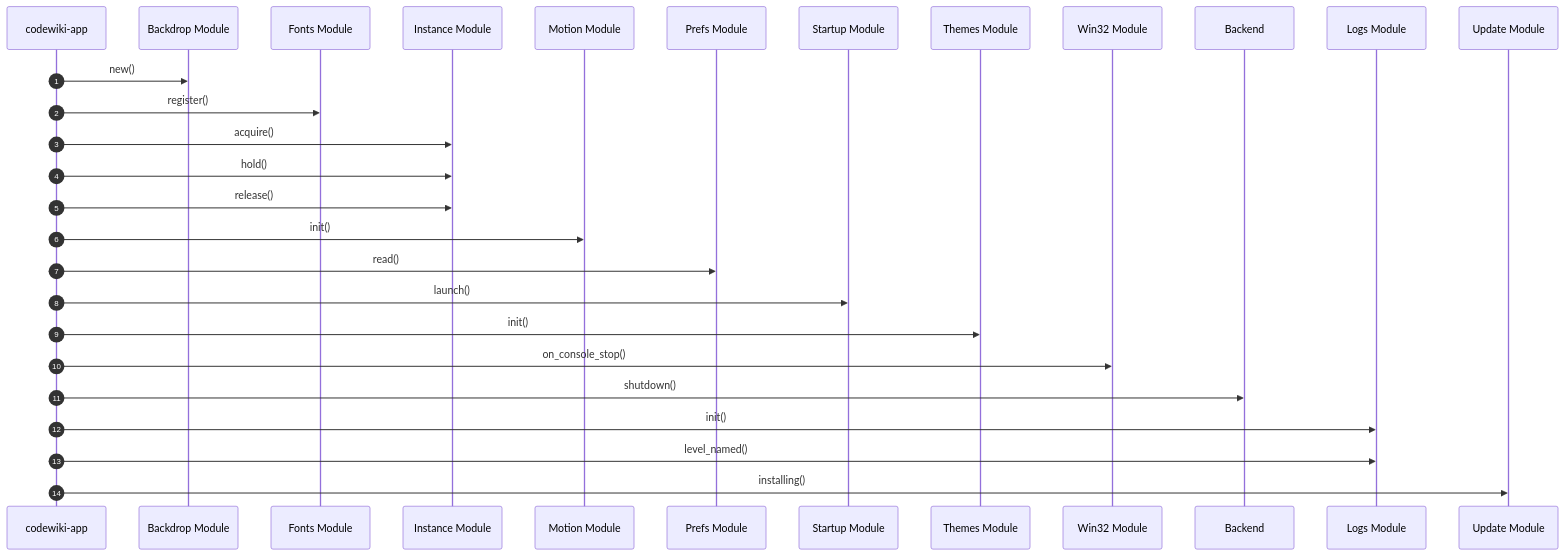
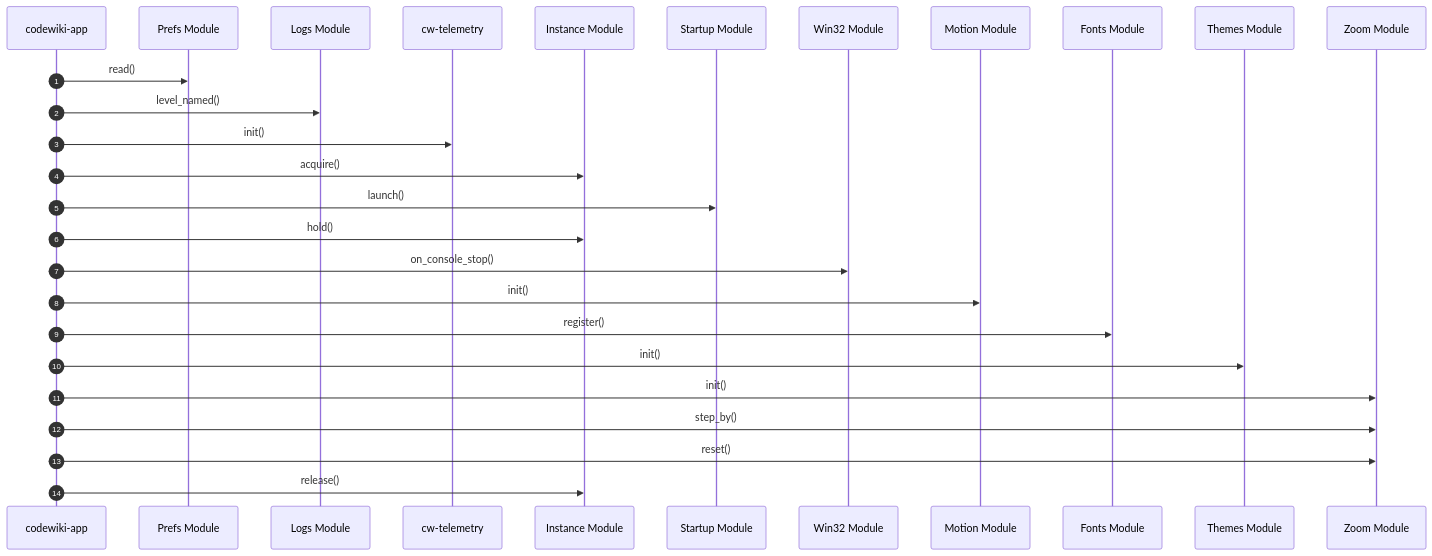
The diagram in obsidian/00-Architecture/codewiki-app Startup Flow.md (Fly-onlyone/CodeWiki), drawn with Mermaid before and after one commit. The commit also changed other lines of this file and 515 other files, not shown here.

````diff
--- a/obsidian/00-Architecture/codewiki-app Startup Flow.md
+++ b/obsidian/00-Architecture/codewiki-app Startup Flow.md
@@ -15,30 +15,29 @@
 ```mermaid
 sequenceDiagram
     autonumber
     participant p0 as codewiki-app
-    participant p1 as Backdrop Module
-    participant p2 as Fonts Module
-    participant p3 as Instance Module
-    participant p4 as Motion Module
-    participant p5 as Prefs Module
-    participant p6 as Startup Module
-    participant p7 as Themes Module
-    participant p8 as Win32 Module
-    participant p9 as Backend
-    participant p10 as Logs Module
-    participant p11 as Update Module
-    p0->>p1: new()
-    p0->>p2: register()
-    p0->>p3: acquire()
-    p0->>p3: hold()
-    p0->>p3: release()
-    p0->>p4: init()
-    p0->>p5: read()
-    p0->>p6: launch()
+    participant p1 as Prefs Module
+    participant p2 as Logs Module
+    participant p3 as cw-telemetry
+    participant p4 as Instance Module
+    participant p5 as Startup Module
+    participant p6 as Win32 Module
+    participant p7 as Motion Module
+    participant p8 as Fonts Module
+    participant p9 as Themes Module
+    participant p10 as Zoom Module
+    p0->>p1: read()
+    p0->>p2: level_named()
+    p0->>p3: init()
+    p0->>p4: acquire()
+    p0->>p5: launch()
+    p0->>p4: hold()
+    p0->>p6: on_console_stop()
     p0->>p7: init()
-    p0->>p8: on_console_stop()
-    p0->>p9: shutdown()
+    p0->>p8: register()
+    p0->>p9: init()
     p0->>p10: init()
-    p0->>p10: level_named()
-    p0->>p11: installing()
+    p0->>p10: step_by()
+    p0->>p10: reset()
+    p0->>p4: release()
 ```
````
